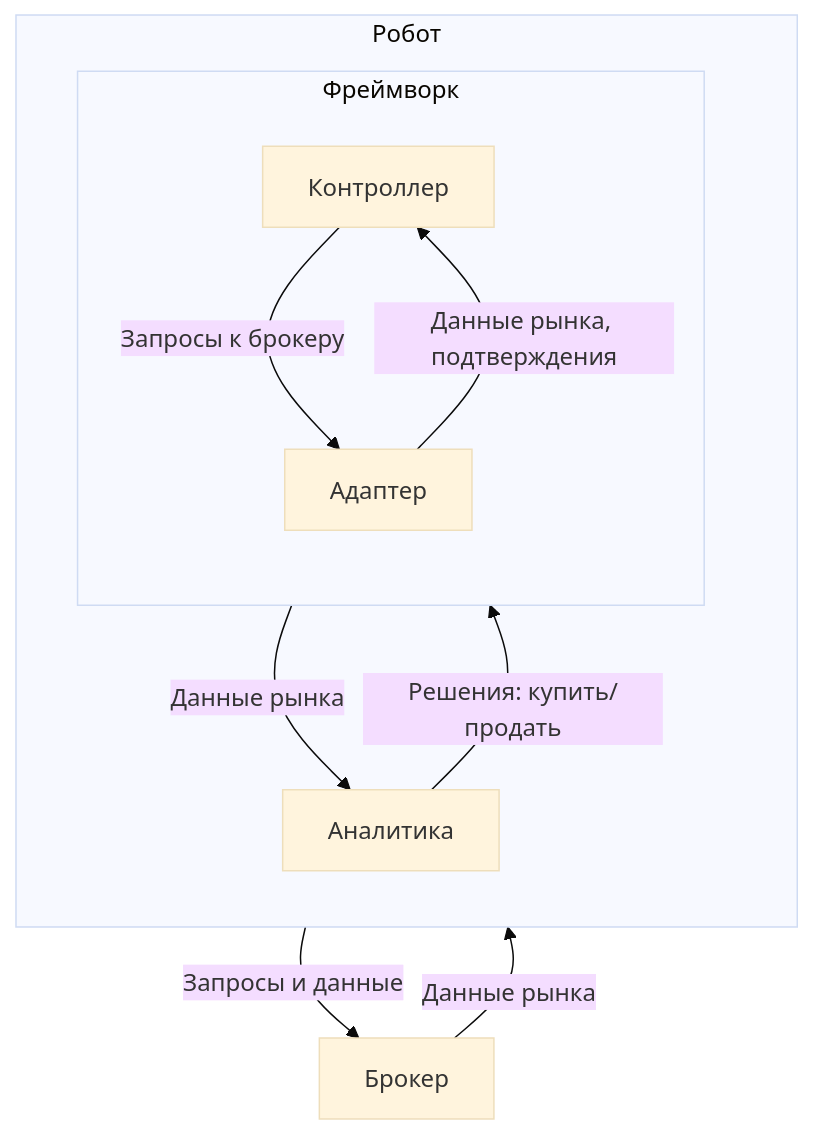
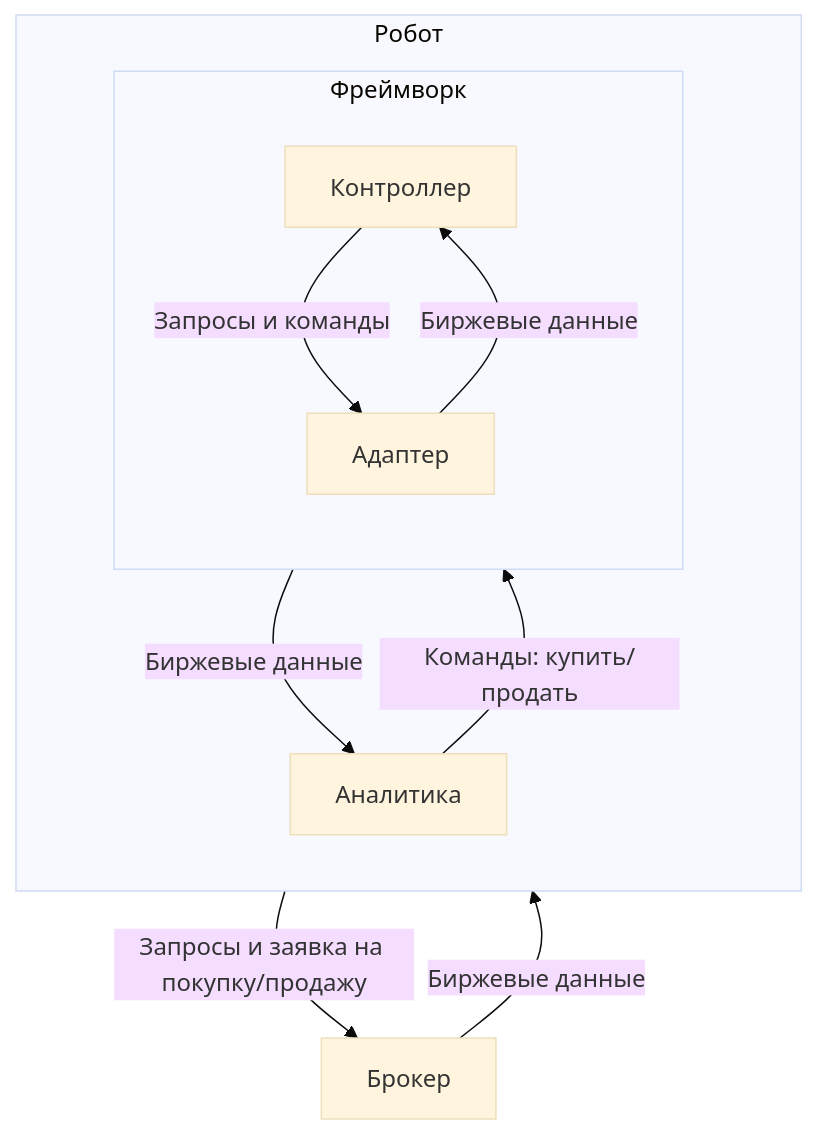
The first of 2 diagrams in concept.md (Marat22/MiriadRobotDocs), drawn with Mermaid (base theme) before and after one commit. The commit also changed other lines of this file, not shown here.

````diff
--- a/concept.md
+++ b/concept.md
@@ -27,20 +44,20 @@
 ```mermaid
 graph TD
     subgraph Робот
         direction TB
         Аналитика[Аналитика]
         subgraph Фреймворк
             direction TB
             Контроллер[Контроллер]
             Адаптер[Адаптер]
         end
     end
 
-    Аналитика --> |Решения: купить/продать| Контроллер
-    Контроллер --> |Запросы к брокеру| Адаптер
-    Адаптер --> |Данные рынка, подтверждения| Контроллер
-    Контроллер --> |Данные рынка| Аналитика
-    Адаптер --> |Запросы и данные| Брокер[Брокер]
-    Брокер --> |Данные рынка| Адаптер
+    Аналитика --> |Команды: купить/продать| Контроллер
+    Контроллер --> |Запросы и команды| Адаптер
+    Адаптер --> |Биржевые данные| Контроллер
+    Контроллер --> |Биржевые данные| Аналитика
+    Адаптер --> |Запросы и заявка на покупку/продажу| Брокер[Брокер]
+    Брокер --> |Биржевые данные| Адаптер
 
 ```
````
